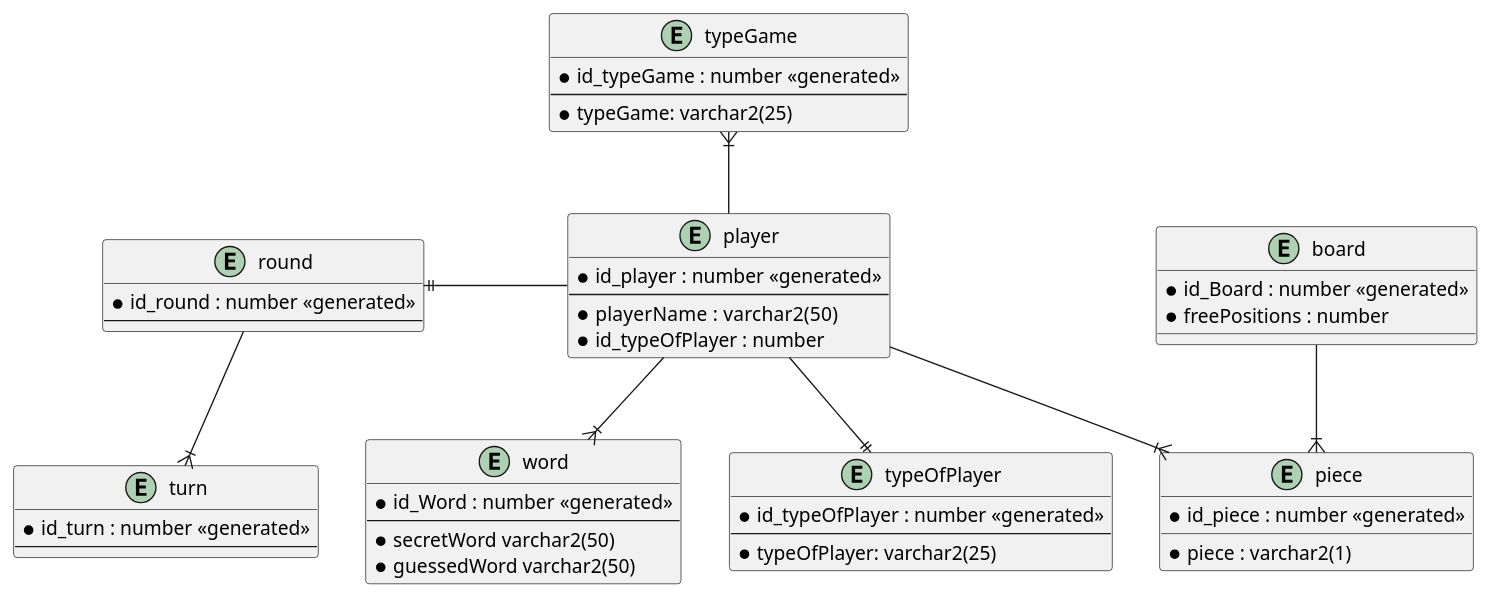
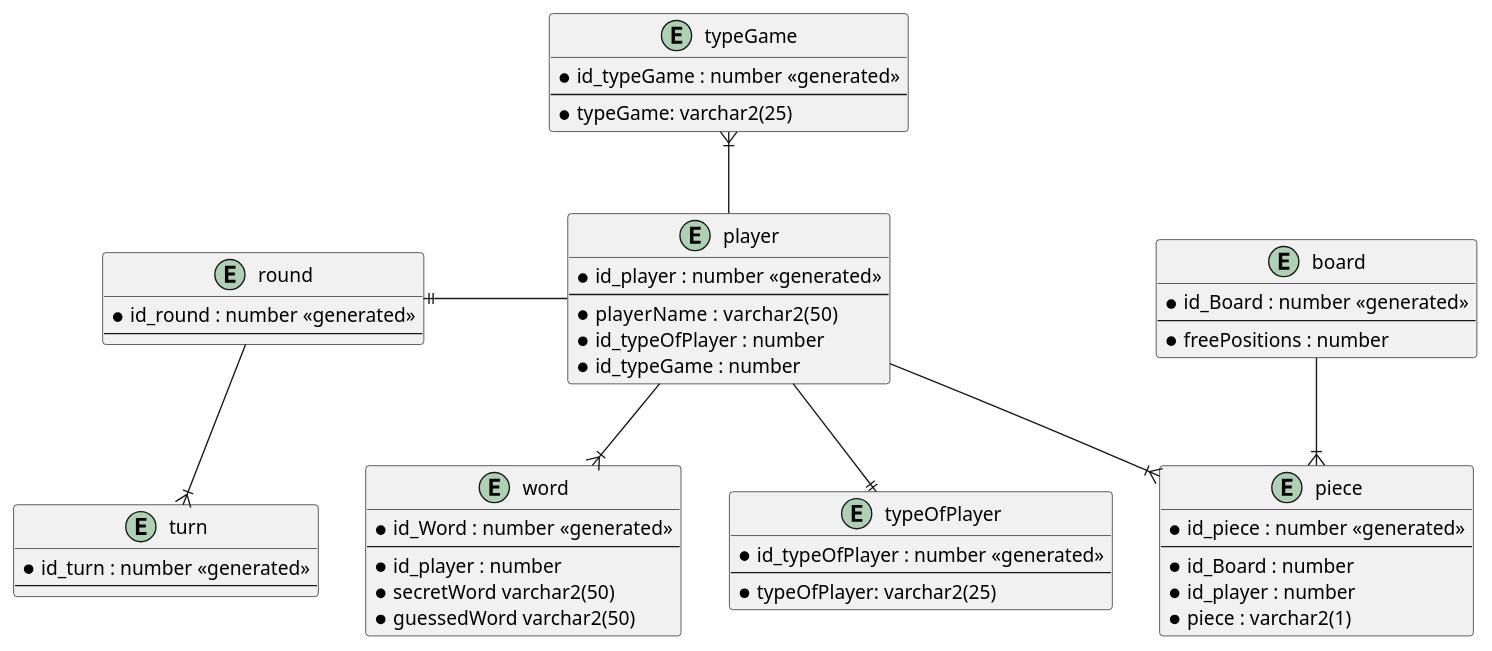
One commit to Gabs16TL/Second_Project_Peristence changed the diagram in dataModels/LogicModel.wsd. Above: the diagram before and after it, drawn with PlantUML.

Commit message:
Se refactorizaron algunos campos del modelo lógico

```diff
--- a/dataModels/LogicModel.wsd
+++ b/dataModels/LogicModel.wsd
@@ -1,65 +1,74 @@
 @startuml VocabularyLogicModelMain
 
 entity round {
     * id_round : number <<generated>>
     --
 }
+
 entity turn
 {
     * id_turn : number <<generated>>
     --
 }
+
 entity player
 {
     * id_player : number <<generated>>
     --
     * playerName :  varchar2(50)
     * id_typeOfPlayer : number
+    * id_typeGame : number
 }
+
 entity typeOfPlayer {
     * id_typeOfPlayer : number <<generated>>
     --
     * typeOfPlayer: varchar2(25)
 }
 
 
 entity typeGame
 {
      * id_typeGame : number <<generated>>
     --
     * typeGame: varchar2(25)
 }
 
 player -up-|{ typeGame
 round --|{ turn
 player -left-|| round
 player --|| typeOfPlayer
 
-/' Tic Tac Toe'/
+/' Tic Tac Toe'/ 
 entity board {
     * id_Board : number <<generated>>
+    --
     * freePositions : number
 }
 entity piece{
     *id_piece : number <<generated>>
+    --
+    * id_Board : number 
+    * id_player : number 
     *piece : varchar2(1)
 }
 
 board --|{piece
 player --|{piece
 
 
 /' HangMan'/
 
 entity word {
     * id_Word : number <<generated>>
     --
+     * id_player : number 
     * secretWord varchar2(50)
     * guessedWord varchar2(50)
 }
 
 player --|{word
 
 
 
 @enduml
```
